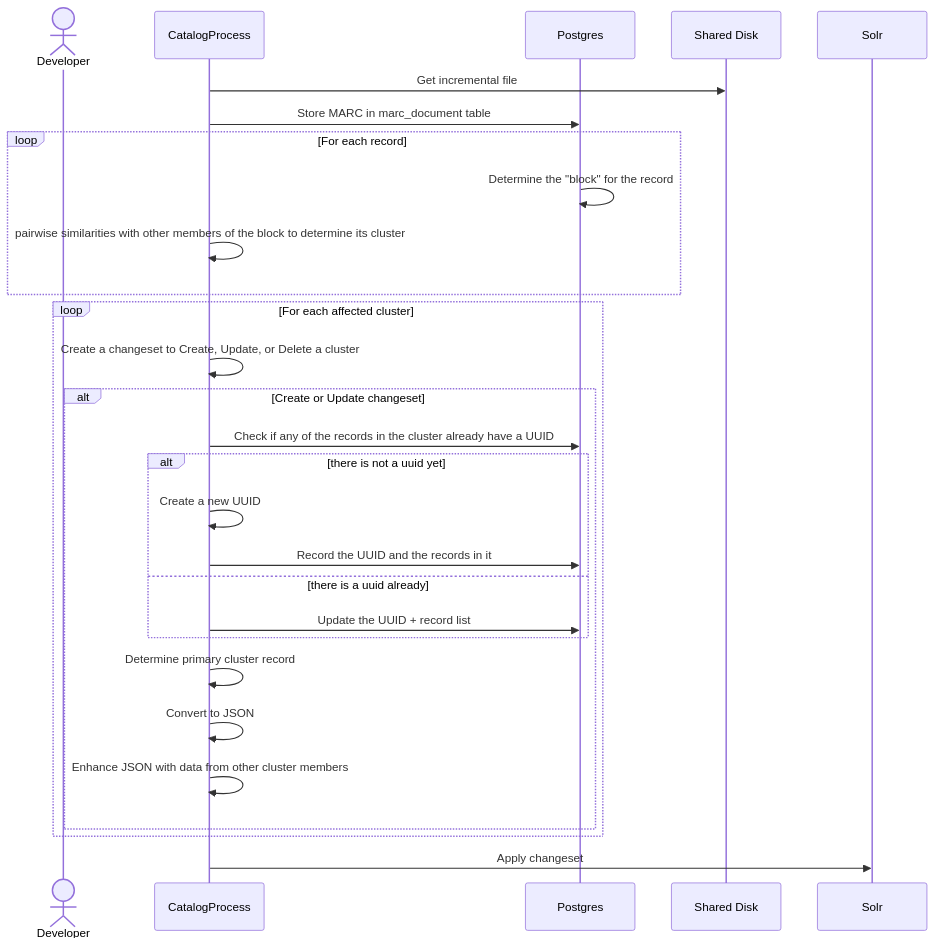
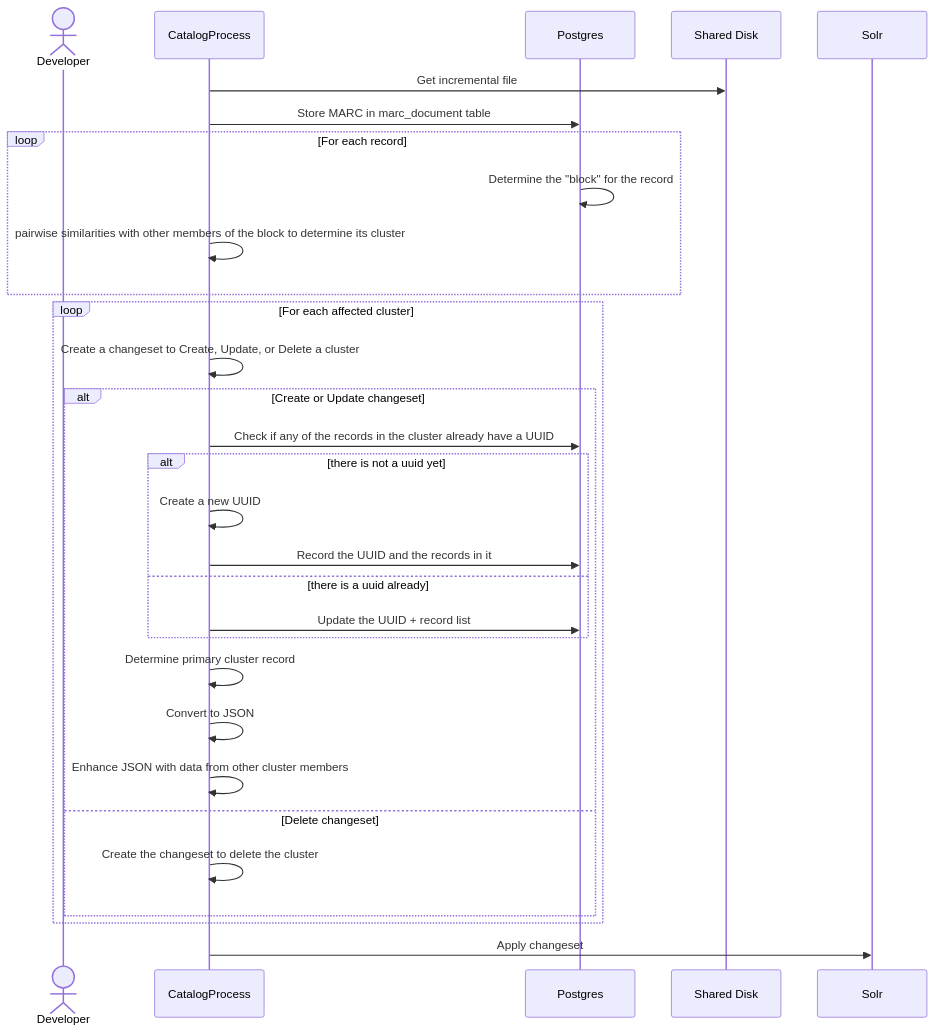
Before and after one commit to pulibrary/bibdata: the sixth of 6 diagrams in docs/clustering/README.md, drawn with Mermaid.

Commit message:
Add delete block to diagram

````diff
--- a/docs/clustering/README.md
+++ b/docs/clustering/README.md
@@ -120,29 +120,31 @@
 ```mermaid
 sequenceDiagram
     actor Developer
     participant CatalogProcess
     participant Postgres
 
     CatalogProcess->>Shared Disk: Get incremental file
     CatalogProcess->>Postgres: Store MARC in marc_document table
     loop For each record
         Postgres->>Postgres: Determine the "block" for the record
         CatalogProcess->>CatalogProcess: pairwise similarities with other members of the block to determine its cluster
     end
     loop For each affected cluster
       CatalogProcess->>CatalogProcess: Create a changeset to Create, Update, or Delete a cluster
       alt Create or Update changeset
         CatalogProcess->>Postgres: Check if any of the records in the cluster already have a UUID
         alt there is not a uuid yet
             CatalogProcess->>CatalogProcess: Create a new UUID
             CatalogProcess->>Postgres: Record the UUID and the records in it
         else there is a uuid already
             CatalogProcess->>Postgres: Update the UUID + record list
         end
         CatalogProcess->>CatalogProcess: Determine primary cluster record
         CatalogProcess->>CatalogProcess: Convert to JSON
         CatalogProcess->>CatalogProcess: Enhance JSON with data from other cluster members
+      else Delete changeset
+        CatalogProcess->>CatalogProcess: Create the changeset to delete the cluster
       end
     end
     CatalogProcess->>Solr: Apply changeset
 ```
````
